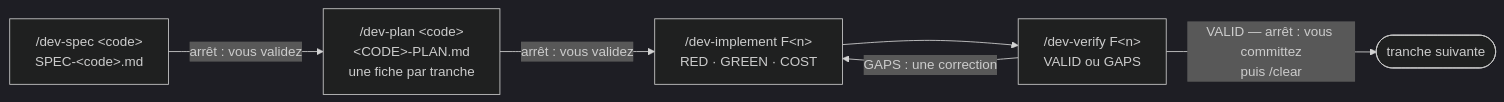
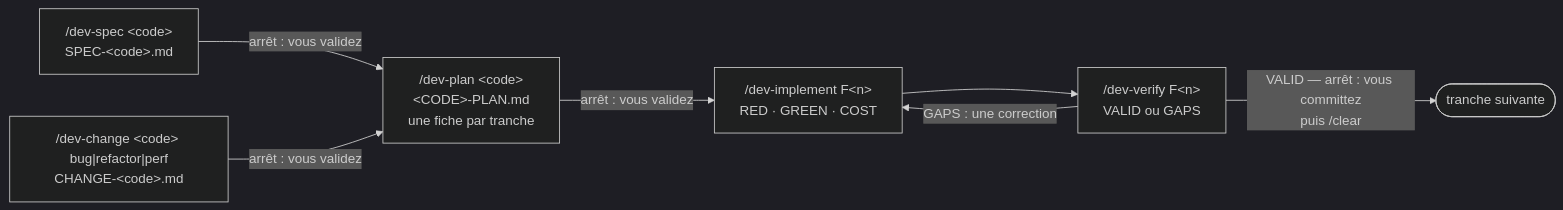
The diagram in docs/fr/workflows/develop.md (Orkeon/orkeon-workshop), drawn with Mermaid (dark theme) before and after one commit. The commit also changed other lines of this file and 70 other files, not shown here.

````diff
--- a/docs/fr/workflows/develop.md
+++ b/docs/fr/workflows/develop.md
@@ -13,8 +15,9 @@
 ```mermaid
 flowchart LR
     s["/dev-spec &lt;code&gt;<br/>SPEC-&lt;code&gt;.md"] -->|"arrêt : vous validez"| p["/dev-plan &lt;code&gt;<br/>&lt;CODE&gt;-PLAN.md<br/>une fiche par tranche"]
+    c["/dev-change &lt;code&gt; bug|refactor|perf<br/>CHANGE-&lt;code&gt;.md"] -->|"arrêt : vous validez"| p
     p -->|"arrêt : vous validez"| b["/dev-implement F&lt;n&gt;<br/>RED · GREEN · COST"]
     b --> v["/dev-verify F&lt;n&gt;<br/>VALID ou GAPS"]
     v -->|"GAPS : une correction"| b
     v -->|"VALID — arrêt : vous committez<br/>puis /clear"| n(["tranche suivante"])
 ```
````
